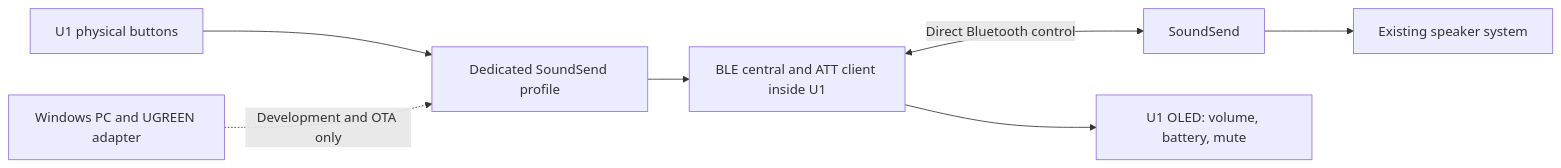
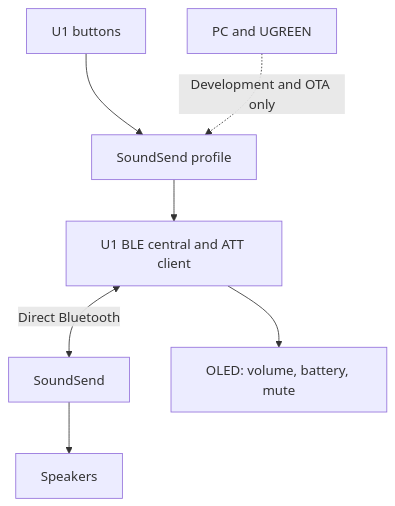
The diagram in README.md (dliratx/sofabaton-u1-soundsend), drawn with Mermaid before and after one commit.

Commit message:
Make the README architecture diagram easier to read

````diff
--- a/README.md
+++ b/README.md
@@ -15,9 +15,9 @@
 ```mermaid
-flowchart LR
-    K[U1 physical buttons] --> P[Dedicated SoundSend profile]
-    P --> C[BLE central and ATT client inside U1]
-    C <-->|Direct Bluetooth control| S[SoundSend]
-    S --> A[Existing speaker system]
-    C --> O[U1 OLED: volume, battery, mute]
-    D[Windows PC and UGREEN adapter] -. Development and OTA only .-> P
+flowchart TD
+    K[U1 buttons] --> P[SoundSend profile]
+    P --> C[U1 BLE central and ATT client]
+    C <-->|Direct Bluetooth| S[SoundSend]
+    S --> A[Speakers]
+    C --> O[OLED: volume, battery, mute]
+    D[PC and UGREEN] -. Development and OTA only .-> P
 ```
````
